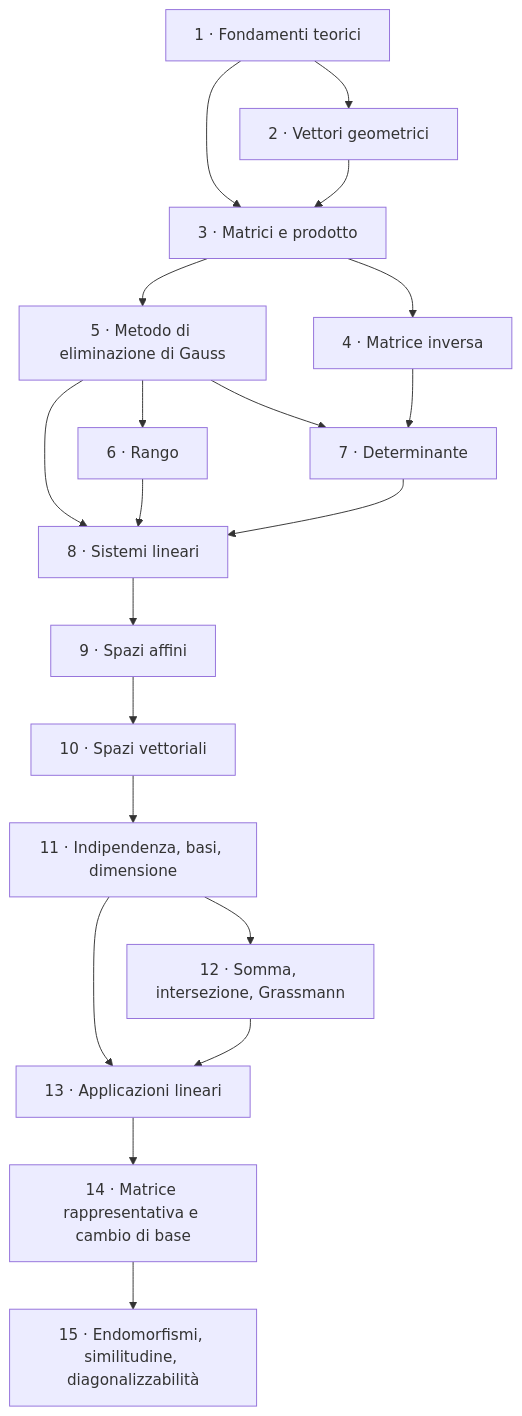
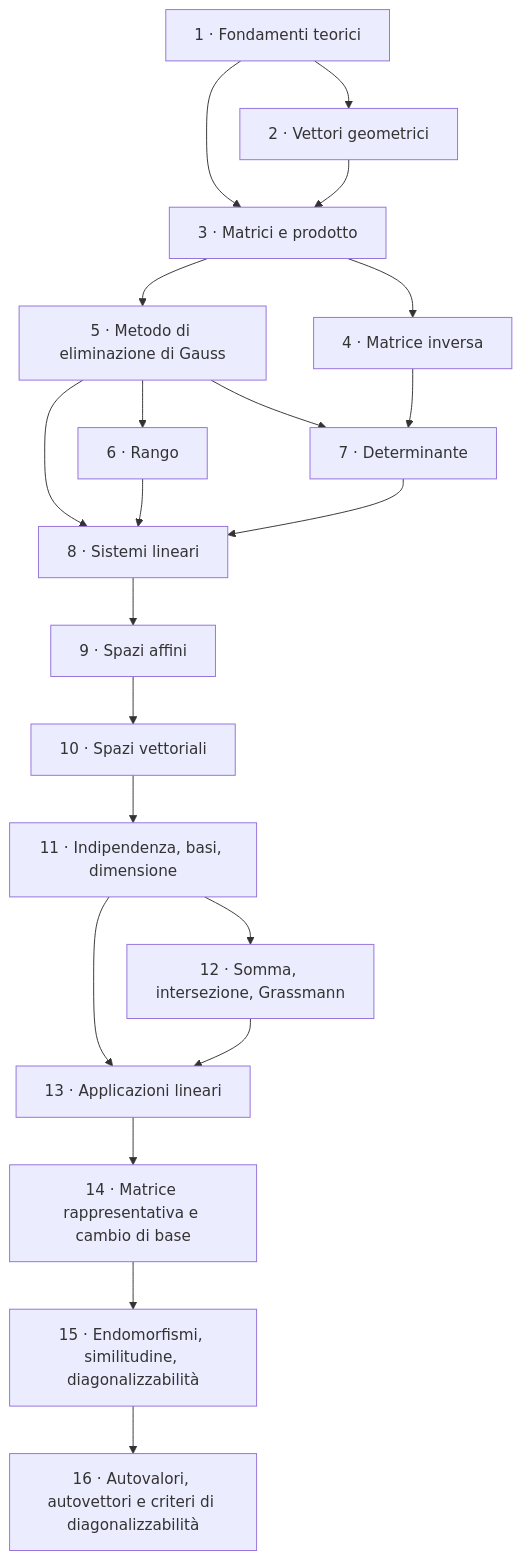
One commit to rikytomasoni-pixel/Studio changed the diagram in 2026-2027/20_Geometria_Algebra_Lineare/00_MOC_GAL.md. Above: the diagram before and after it, drawn with Mermaid. The commit also changed other lines of this file and 71 other files, not shown here.

````diff
--- a/2026-2027/20_Geometria_Algebra_Lineare/00_MOC_GAL.md
+++ b/2026-2027/20_Geometria_Algebra_Lineare/00_MOC_GAL.md
@@ -50,29 +50,30 @@
 ```mermaid
 flowchart TD
     G1["1 · Fondamenti teorici"] --> G2["2 · Vettori geometrici"]
     G1 --> G3["3 · Matrici e prodotto"]
     G2 --> G3
     G3 --> G4["4 · Matrice inversa"]
     G3 --> G5["5 · Metodo di eliminazione di Gauss"]
     G5 --> G6["6 · Rango"]
     G5 --> G7["7 · Determinante"]
     G4 --> G7
     G5 --> G8["8 · Sistemi lineari"]
     G6 --> G8
     G7 --> G8
     G8 --> G9["9 · Spazi affini"]
     G9 --> G10["10 · Spazi vettoriali"]
     G10 --> G11["11 · Indipendenza, basi, dimensione"]
     G11 --> G12["12 · Somma, intersezione, Grassmann"]
     G11 --> G13["13 · Applicazioni lineari"]
     G12 --> G13
     G13 --> G14["14 · Matrice rappresentativa e cambio di base"]
     G14 --> G15["15 · Endomorfismi, similitudine, diagonalizzabilità"]
+    G15 --> G16["16 · Autovalori, autovettori e criteri di diagonalizzabilità"]
 
     classDef fatto fill:#c8e6c9,stroke:#2e7d32,color:#000
     classDef corso fill:#fff3cd,stroke:#b8860b,color:#000
     classDef futuro stroke-dasharray: 5 5
     %% class G15 futuro
     %% class G1,G2 fatto
     %% class G3 corso
 ```
````
